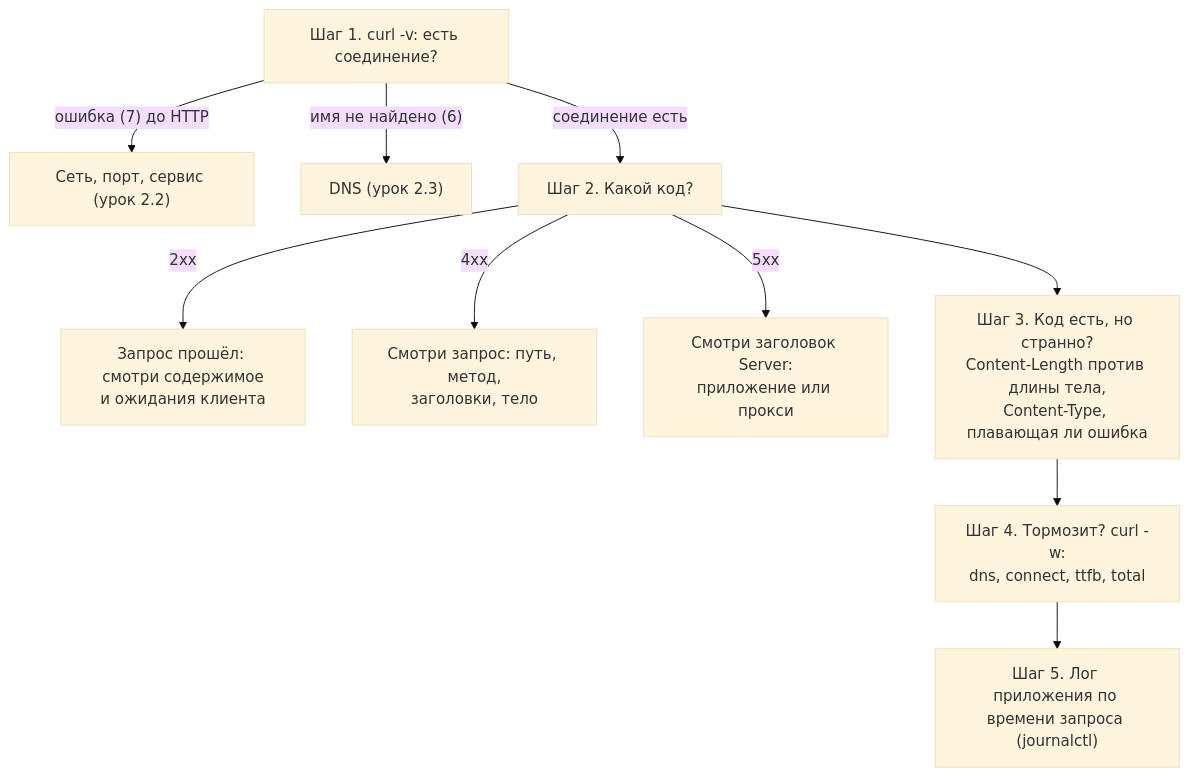
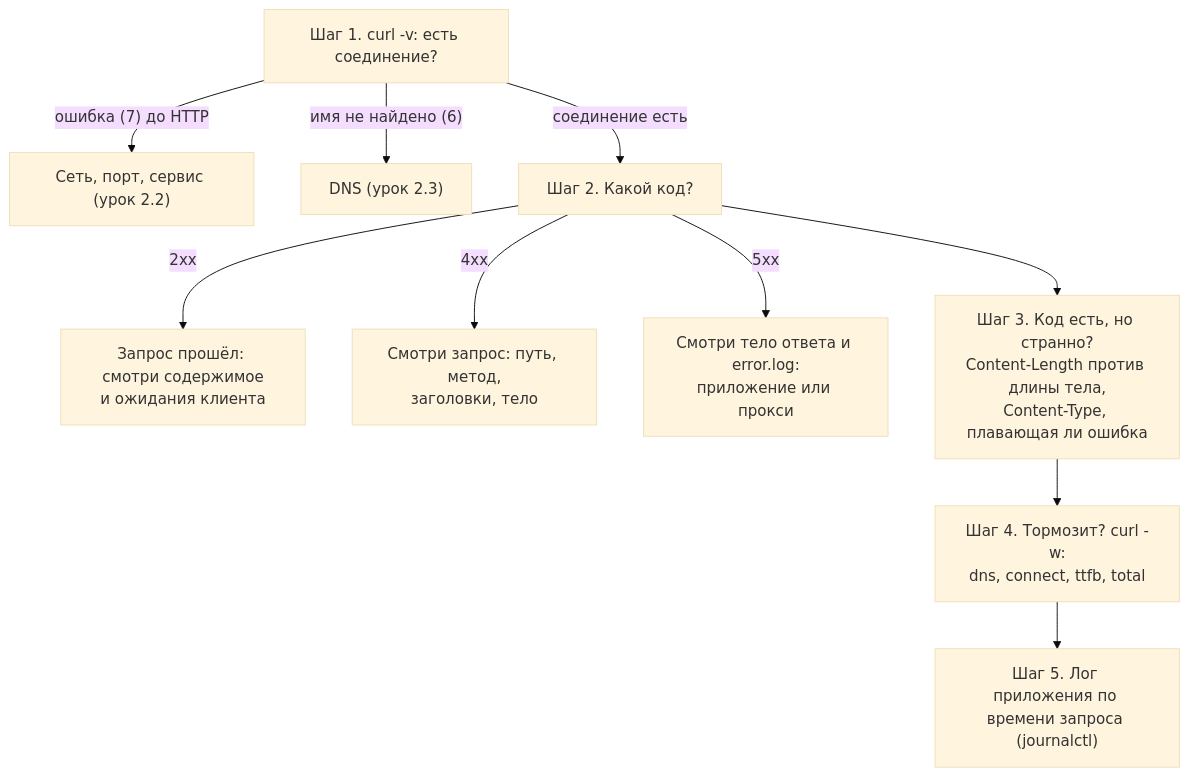
Before and after one commit to distinguished-sre/learning: the eighth of 9 diagrams in devops/02-network/04-http.md, drawn with Mermaid (base theme). The commit also changed other lines of this file and 462 other files, not shown here.

````diff
--- a/devops/02-network/04-http.md
+++ b/devops/02-network/04-http.md
@@ -710,12 +792,12 @@
 ```mermaid
 flowchart TD
     A["Шаг 1. curl -v: есть соединение?"] -->|"ошибка (7) до HTTP"| N["Сеть, порт, сервис (урок 2.2)"]
     A -->|"имя не найдено (6)"| D["DNS (урок 2.3)"]
     A -->|"соединение есть"| B["Шаг 2. Какой код?"]
     B -->|"2xx"| B2["Запрос прошёл: смотри содержимое<br>и ожидания клиента"]
     B -->|"4xx"| B4["Смотри запрос: путь, метод,<br>заголовки, тело"]
-    B -->|"5xx"| B5["Смотри заголовок Server:<br>приложение или прокси"]
+    B -->|"5xx"| B5["Смотри тело ответа и error.log:<br>приложение или прокси"]
     B --> C["Шаг 3. Код есть, но странно?<br>Content-Length против длины тела,<br>Content-Type, плавающая ли ошибка"]
     C --> T["Шаг 4. Тормозит? curl -w:<br>dns, connect, ttfb, total"]
     T --> L["Шаг 5. Лог приложения по времени запроса (journalctl)"]
 ```
````
